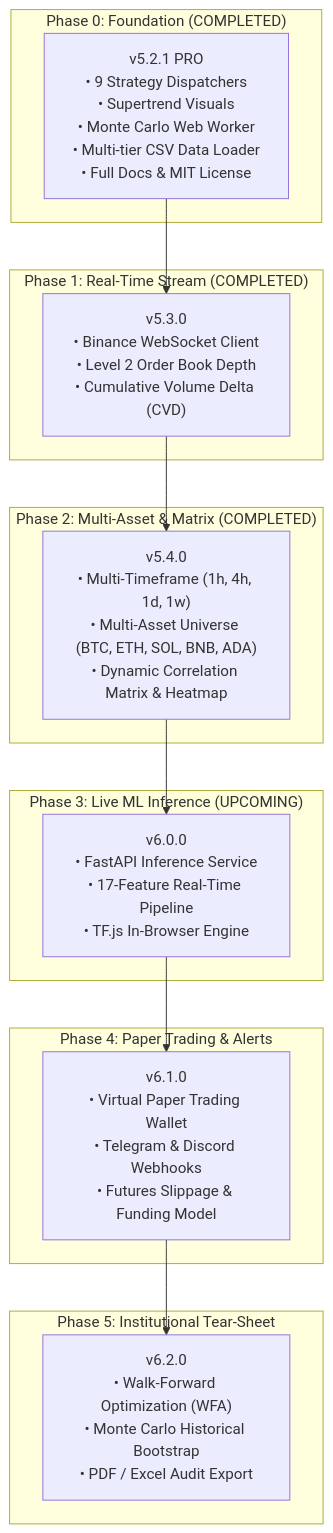
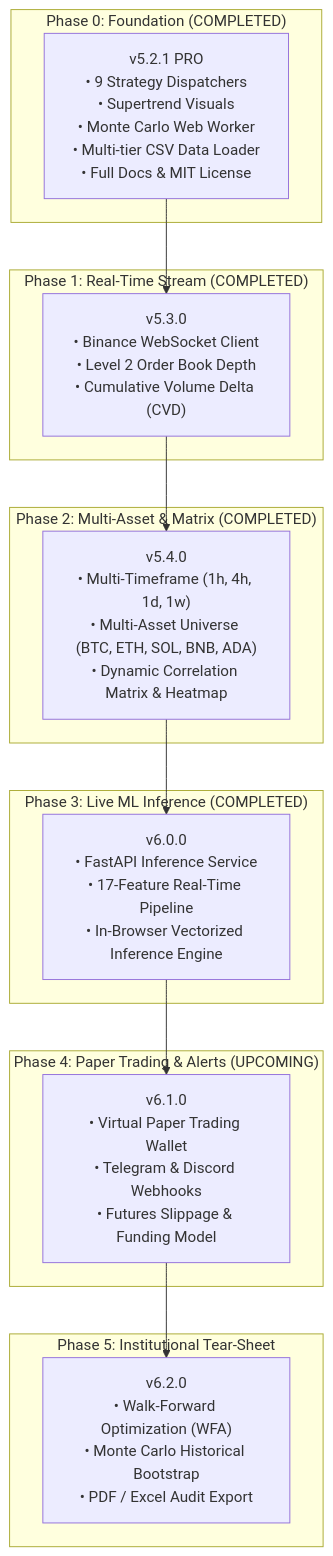
The diagram in ROADMAP.md (zakiafuadi925-ops/Quant_Trading_System), drawn with Mermaid before and after one commit. The commit also changed other lines of this file and 6 other files, not shown here.

Commit message:
feat(ml): implement 17-feature live pipeline and LSTM v5.2.1 inference engine

````diff
--- a/ROADMAP.md
+++ b/ROADMAP.md
@@ -15,32 +15,32 @@
 ```mermaid
 flowchart TD
     subgraph P0["Phase 0: Foundation (COMPLETED)"]
         A["v5.2.1 PRO<br/>• 9 Strategy Dispatchers<br/>• Supertrend Visuals<br/>• Monte Carlo Web Worker<br/>• Multi-tier CSV Data Loader<br/>• Full Docs & MIT License"]
     end
 
     subgraph P1["Phase 1: Real-Time Stream (COMPLETED)"]
         B["v5.3.0<br/>• Binance WebSocket Client<br/>• Level 2 Order Book Depth<br/>• Cumulative Volume Delta (CVD)"]
     end
 
     subgraph P2["Phase 2: Multi-Asset & Matrix (COMPLETED)"]
         C["v5.4.0<br/>• Multi-Timeframe (1h, 4h, 1d, 1w)<br/>• Multi-Asset Universe (BTC, ETH, SOL, BNB, ADA)<br/>• Dynamic Correlation Matrix & Heatmap"]
     end
 
-    subgraph P3["Phase 3: Live ML Inference (UPCOMING)"]
-        D["v6.0.0<br/>• FastAPI Inference Service<br/>• 17-Feature Real-Time Pipeline<br/>• TF.js In-Browser Engine"]
+    subgraph P3["Phase 3: Live ML Inference (COMPLETED)"]
+        D["v6.0.0<br/>• FastAPI Inference Service<br/>• 17-Feature Real-Time Pipeline<br/>• In-Browser Vectorized Inference Engine"]
     end
 
-    subgraph P4["Phase 4: Paper Trading & Alerts"]
+    subgraph P4["Phase 4: Paper Trading & Alerts (UPCOMING)"]
         E["v6.1.0<br/>• Virtual Paper Trading Wallet<br/>• Telegram & Discord Webhooks<br/>• Futures Slippage & Funding Model"]
     end
 
     subgraph P5["Phase 5: Institutional Tear-Sheet"]
         F["v6.2.0<br/>• Walk-Forward Optimization (WFA)<br/>• Monte Carlo Historical Bootstrap<br/>• PDF / Excel Audit Export"]
     end
 
     A --> B
     B --> C
     C --> D
     D --> E
     E --> F
 ```
````
